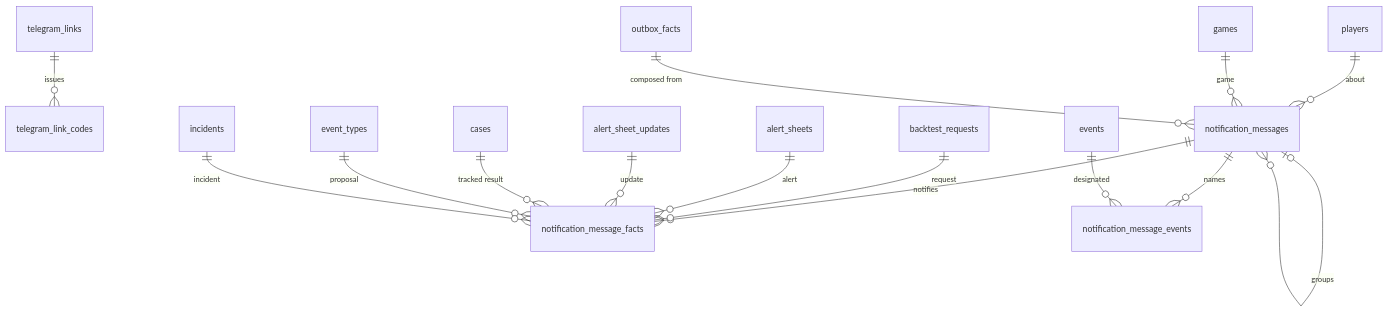
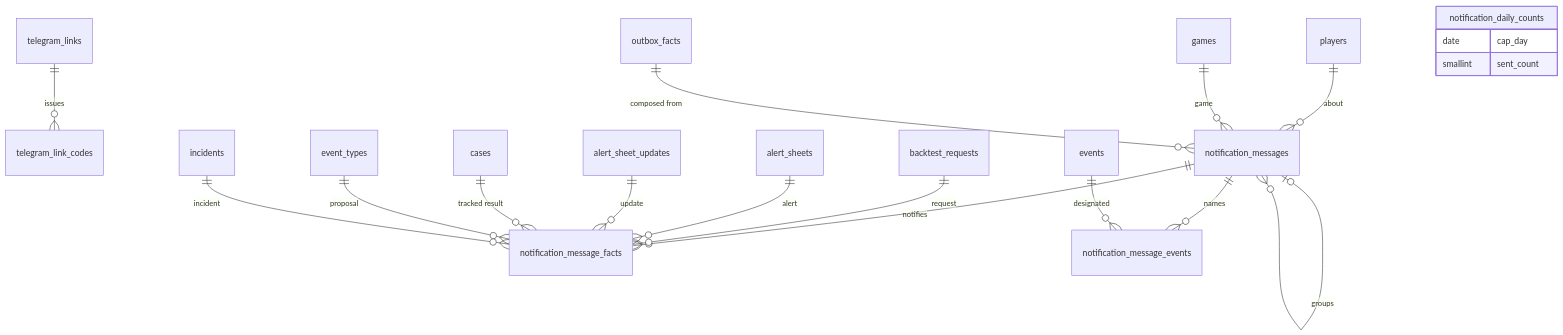
One commit to youtix/egoscope changed the diagram in docs/engineering/domain-model/notifications.md. Above: the diagram before and after it, drawn with Mermaid. The commit also changed other lines of this file and 4 other files, not shown here.

````diff
--- a/docs/engineering/domain-model/notifications.md
+++ b/docs/engineering/domain-model/notifications.md
@@ -466,17 +483,21 @@
 ```mermaid
 erDiagram
   telegram_links ||--o{ telegram_link_codes : "issues"
   notification_messages ||--o{ notification_message_facts : "notifies"
   notification_messages ||--o{ notification_message_events : "names"
   notification_messages |o--o{ notification_messages : "groups"
   players ||--o{ notification_messages : "about"
   games ||--o{ notification_messages : "game"
   backtest_requests ||--o{ notification_message_facts : "request"
   alert_sheets ||--o{ notification_message_facts : "alert"
   alert_sheet_updates ||--o{ notification_message_facts : "update"
   cases ||--o{ notification_message_facts : "tracked result"
   event_types ||--o{ notification_message_facts : "proposal"
   incidents ||--o{ notification_message_facts : "incident"
   events ||--o{ notification_message_events : "designated"
   outbox_facts ||--o{ notification_messages : "composed from"
+  notification_daily_counts {
+    date cap_day
+    smallint sent_count
+  }
 ```
````
